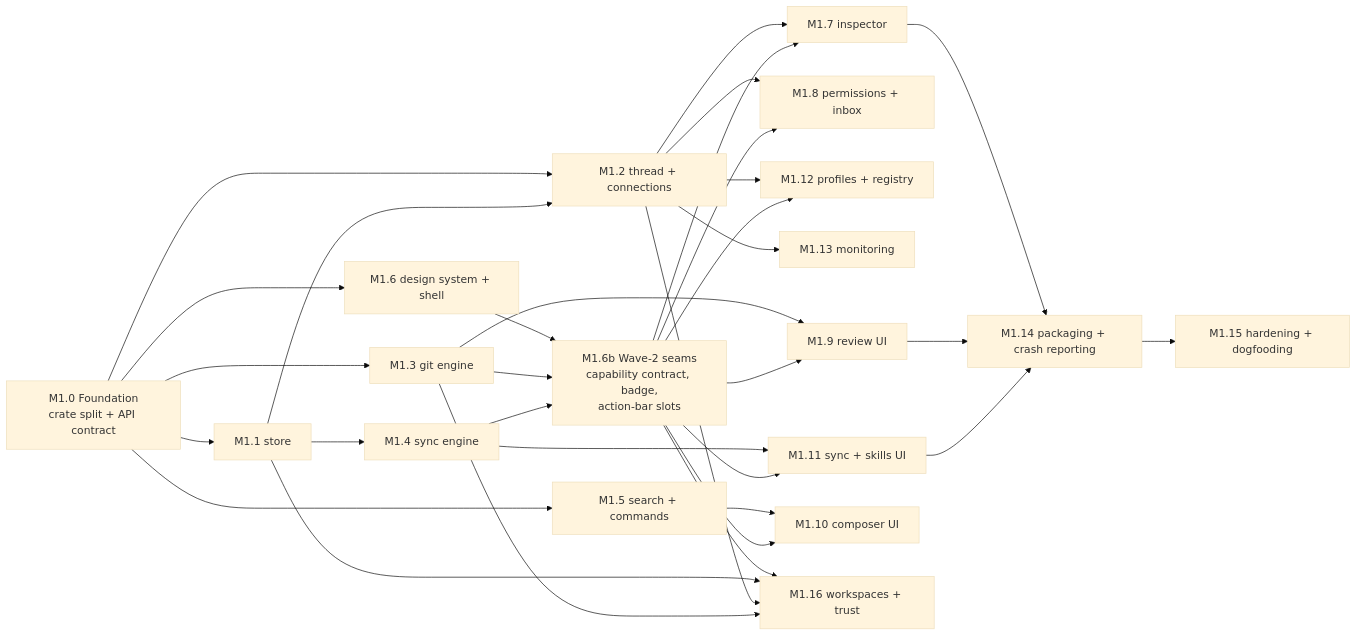
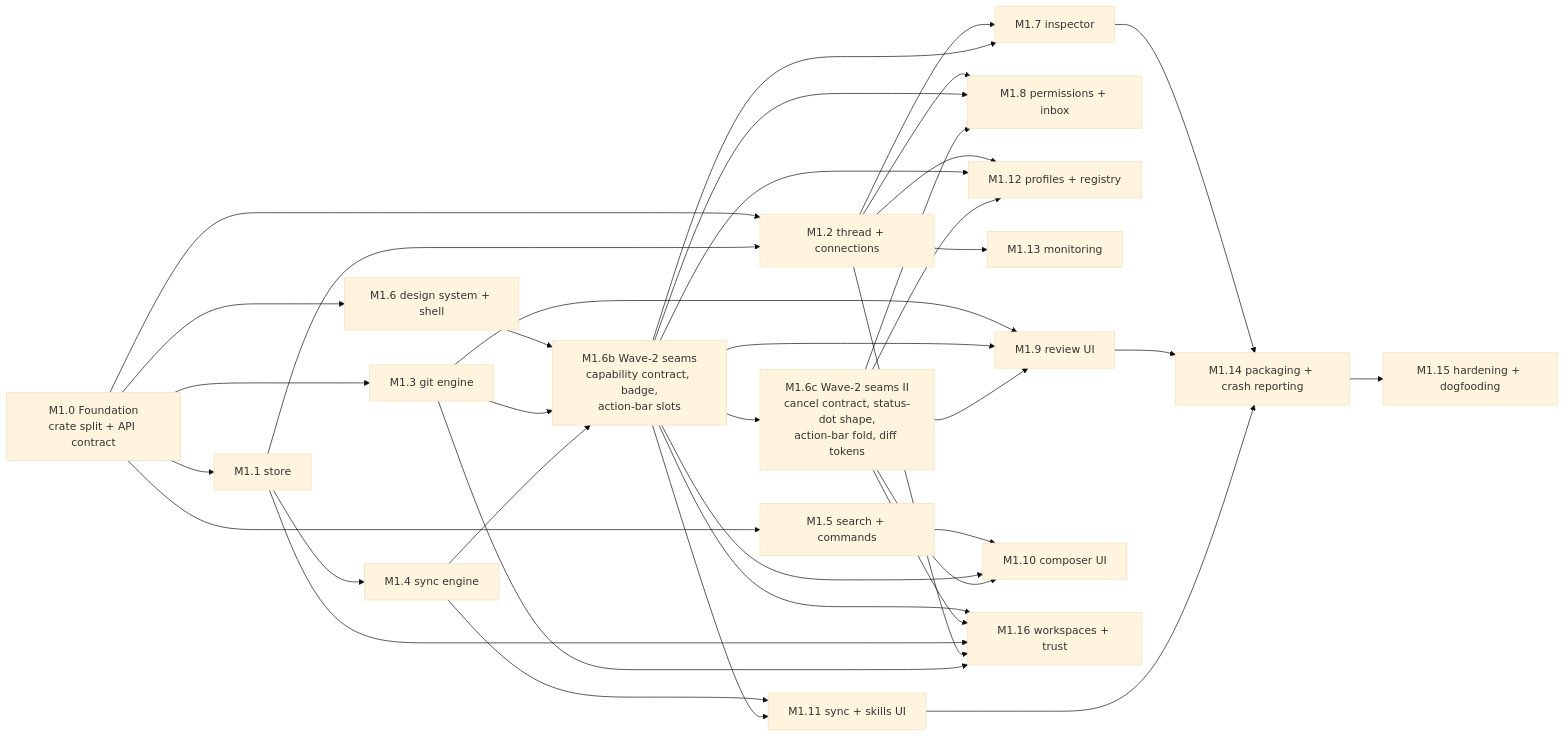
One commit to Noentic/tethys changed the first of 2 diagrams in docs/milestone.md. Above: the diagram before and after it, drawn with Mermaid (base theme). The commit also changed other lines of this file and 2 other files, not shown here.

````diff
--- a/docs/milestone.md
+++ b/docs/milestone.md
@@ -106,35 +108,41 @@
 ```mermaid
 flowchart LR
     M0["M1.0 Foundation<br/>crate split + API contract"]
     M0 --> M1["M1.1 store"]
     M0 --> M2["M1.2 thread + connections"]
     M0 --> M3["M1.3 git engine"]
     M1 --> M4["M1.4 sync engine"]
     M0 --> M5["M1.5 search + commands"]
     M0 --> M6["M1.6 design system + shell"]
     M6 --> M6b["M1.6b Wave-2 seams<br/>capability contract, badge,<br/>action-bar slots"]
     M3 --> M6b
     M4 --> M6b
     M1 --> M2
     M2 --> M7["M1.7 inspector"]
     M2 --> M8["M1.8 permissions + inbox"]
     M2 --> M12["M1.12 profiles + registry"]
     M2 --> M13["M1.13 monitoring"]
     M3 --> M9["M1.9 review UI"]
     M4 --> M11["M1.11 sync + skills UI"]
     M5 --> M10["M1.10 composer UI"]
     M6b --> M7
     M6b --> M8
     M6b --> M9
     M6b --> M10
     M6b --> M11
     M6b --> M12
     M6b --> M16["M1.16 workspaces + trust"]
+    M6b --> M6c["M1.6c Wave-2 seams II<br/>cancel contract, status-dot shape,<br/>action-bar fold, diff tokens"]
+    M6c --> M8
+    M6c --> M9
+    M6c --> M10
+    M6c --> M12
+    M6c --> M16
     M1 --> M16
     M2 --> M16
     M3 --> M16
     M7 --> M14["M1.14 packaging + crash reporting"]
     M9 --> M14
     M11 --> M14
     M14 --> M15["M1.15 hardening + dogfooding"]
 ```
````
